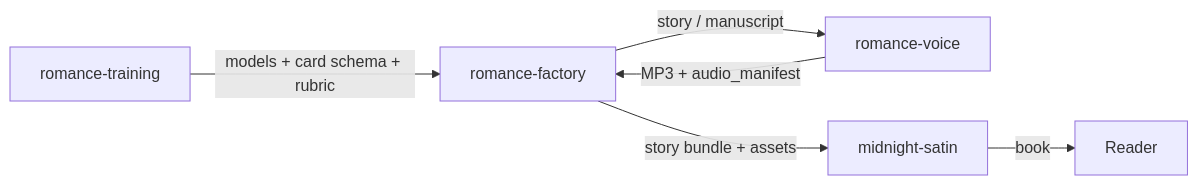
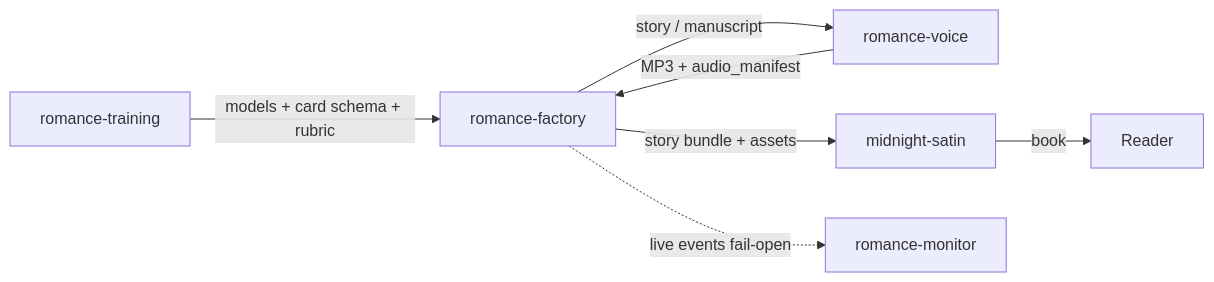
Before and after one commit to okita-io/romance-architecture: the first of 2 diagrams in docs/ARCHITECTURE.md, drawn with Mermaid. The commit also changed other lines of this file and 7 other files, not shown here.

First line of the commit message:
Sync architecture with sibling repos: monitor, 15-phase RF, MS-1 open.

````diff
--- a/docs/ARCHITECTURE.md
+++ b/docs/ARCHITECTURE.md
@@ -57,8 +69,9 @@
 ```mermaid
 flowchart LR
   RT[romance-training] -->|models + card schema + rubric| RF[romance-factory]
   RF -->|story / manuscript| RV[romance-voice]
   RV -->|MP3 + audio_manifest| RF
   RF -->|story bundle + assets| MS[midnight-satin]
+  RF -.->|live events fail-open| RM[romance-monitor]
   MS -->|book| reader[Reader]
 ```
````
